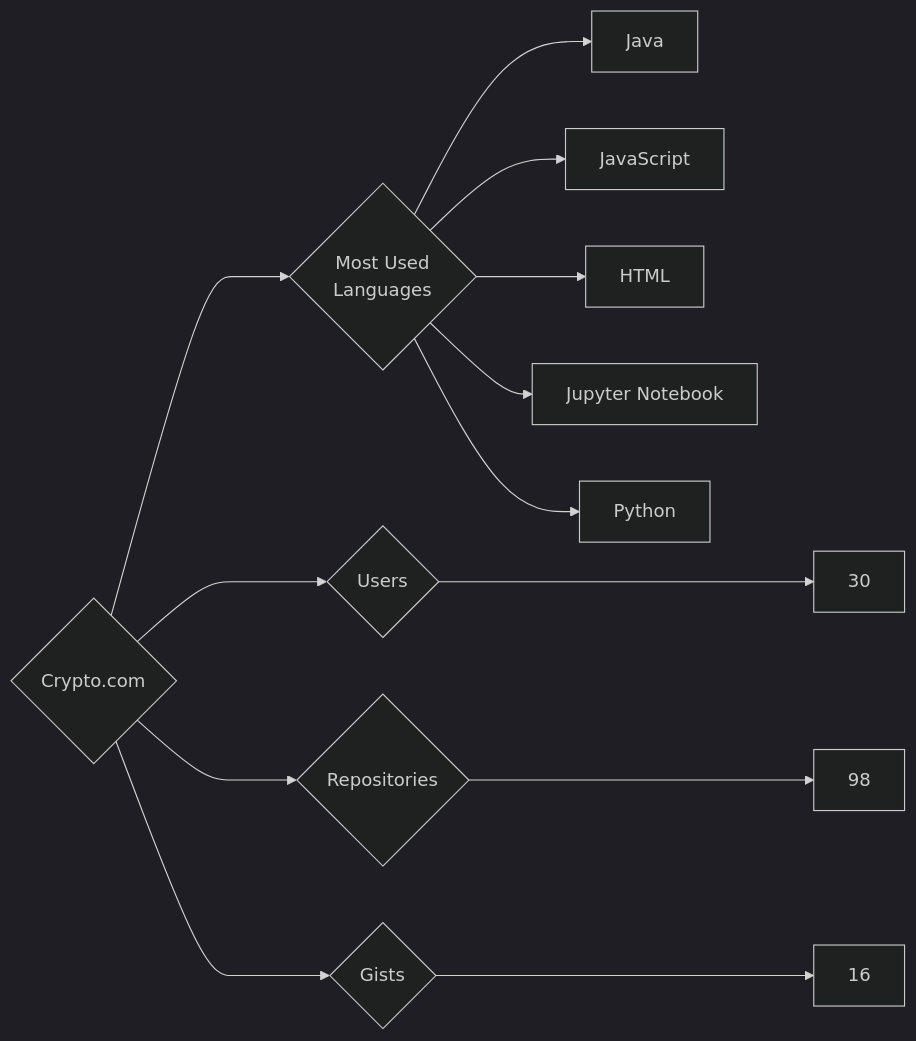
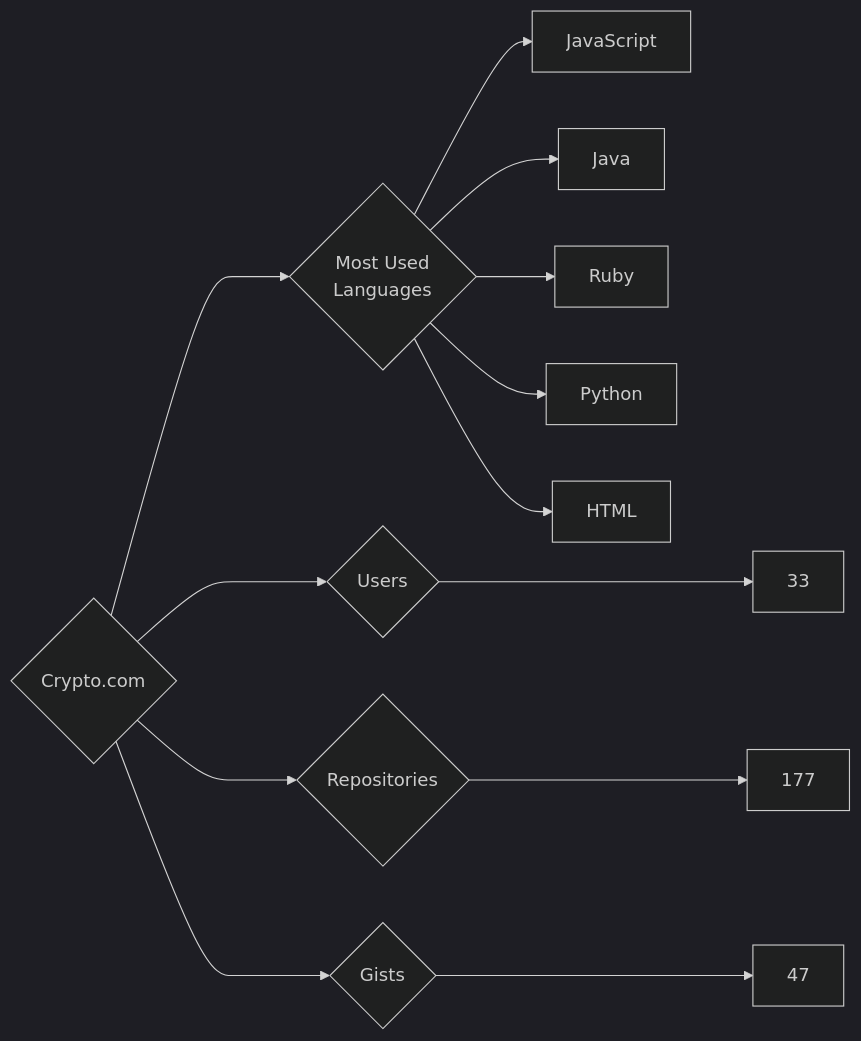
The diagram in targets/Crypto.com/README.md (trickest/insiders), drawn with Mermaid (dark theme) before and after one commit. The commit also changed 699 other files, not shown here.

````diff
--- a/targets/Crypto.com/README.md
+++ b/targets/Crypto.com/README.md
@@ -3,13 +3,13 @@
 ```mermaid
 graph LR
 COMPANY_NAME{Crypto.com}
-COMPANY_NAME ---> U{Users} ---> UN[30]
-COMPANY_NAME ---> R{Repositories} ---> RN[98]
-COMPANY_NAME ---> G{Gists} ---> GN[16]
+COMPANY_NAME ---> U{Users} ---> UN[33]
+COMPANY_NAME ---> R{Repositories} ---> RN[177]
+COMPANY_NAME ---> G{Gists} ---> GN[47]
 COMPANY_NAME ---> ML{Most Used<br>Languages}
+ML --> JavaScript[JavaScript]
 ML --> Java[Java]
-ML --> JavaScript[JavaScript]
+ML --> Ruby[Ruby]
+ML --> Python[Python]
 ML --> HTML[HTML]
-ML --> Jupyter_Notebook[Jupyter Notebook]
-ML --> Python[Python]
 ```
````
